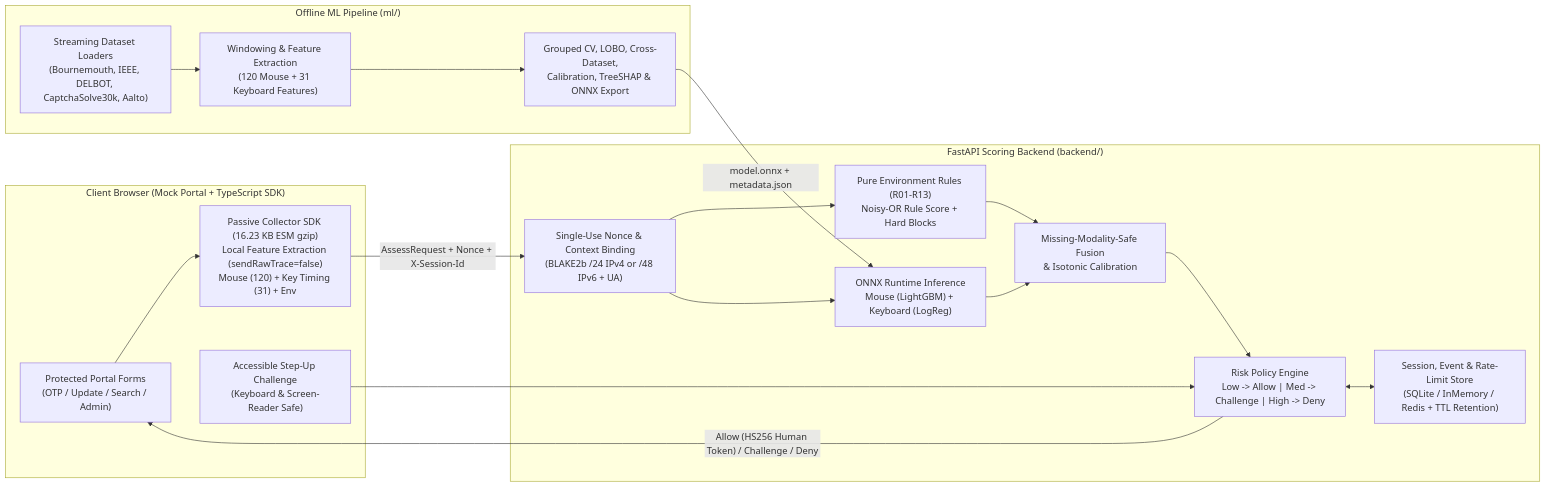
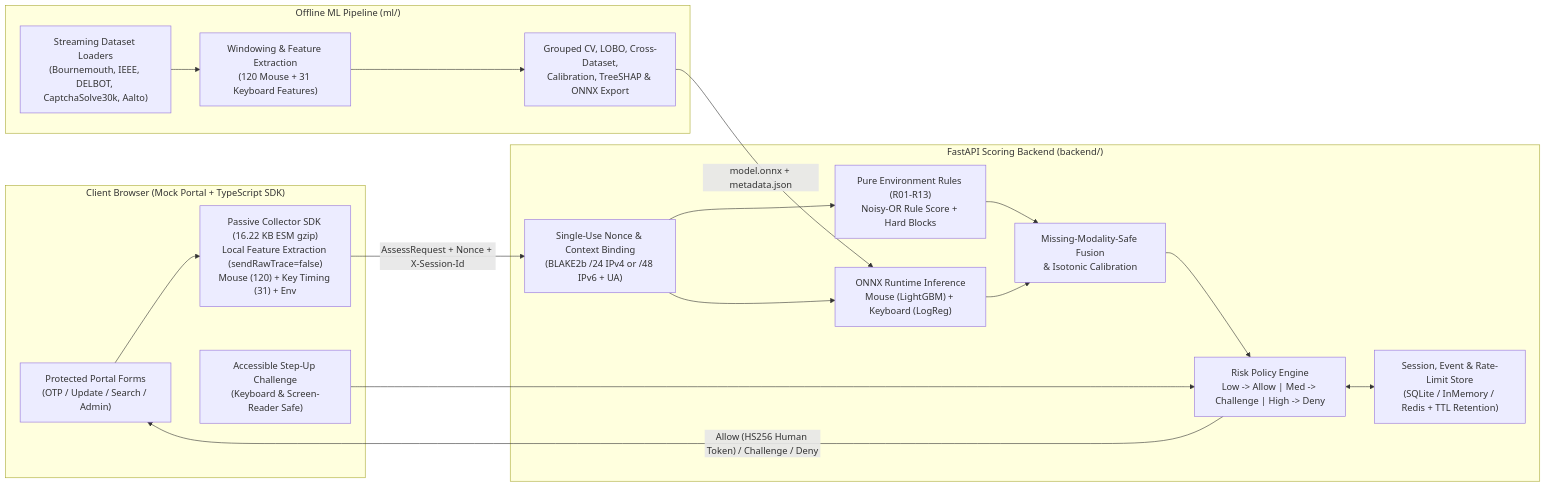
Before and after one commit to kpcode11/MajorProject-New: the diagram in README.md, drawn with Mermaid. The commit also changed other lines of this file and 10 other files, not shown here.

````diff
--- a/README.md
+++ b/README.md
@@ -34,35 +34,35 @@
 ```mermaid
 flowchart LR
     subgraph Browser["Client Browser (Mock Portal + TypeScript SDK)"]
         UI["Protected Portal Forms\n(OTP / Update / Search / Admin)"]
-        SDK["Passive Collector SDK (16.23 KB ESM gzip)\nLocal Feature Extraction (sendRawTrace=false)\nMouse (120) + Key Timing (31) + Env"]
+        SDK["Passive Collector SDK (16.22 KB ESM gzip)\nLocal Feature Extraction (sendRawTrace=false)\nMouse (120) + Key Timing (31) + Env"]
         CH["Accessible Step-Up Challenge\n(Keyboard & Screen-Reader Safe)"]
     end
 
     subgraph Backend["FastAPI Scoring Backend (backend/)"]
         NONCE["Single-Use Nonce & Context Binding\n(BLAKE2b /24 IPv4 or /48 IPv6 + UA)"]
         RULES["Pure Environment Rules (R01-R13)\nNoisy-OR Rule Score + Hard Blocks"]
         ONNX["ONNX Runtime Inference\nMouse (LightGBM) + Keyboard (LogReg)"]
         FUSE["Missing-Modality-Safe Fusion\n& Isotonic Calibration"]
         POLICY["Risk Policy Engine\nLow -> Allow | Med -> Challenge | High -> Deny"]
         STORE["Session, Event & Rate-Limit Store\n(SQLite / InMemory / Redis + TTL Retention)"]
     end
 
     subgraph OfflineML["Offline ML Pipeline (ml/)"]
         LOAD["Streaming Dataset Loaders\n(Bournemouth, IEEE, DELBOT, CaptchaSolve30k, Aalto)"]
         FEAT["Windowing & Feature Extraction\n(120 Mouse + 31 Keyboard Features)"]
         EVAL["Grouped CV, LOBO, Cross-Dataset,\nCalibration, TreeSHAP & ONNX Export"]
     end
 
     UI --> SDK
     SDK -- "AssessRequest + Nonce + X-Session-Id" --> NONCE
     NONCE --> RULES
     NONCE --> ONNX
     RULES --> FUSE
     ONNX --> FUSE
     FUSE --> POLICY
     POLICY -- "Allow (HS256 Human Token) / Challenge / Deny" --> UI
     POLICY <--> STORE
     CH --> POLICY
     LOAD --> FEAT --> EVAL -- "model.onnx + metadata.json" --> ONNX
 ```
````
